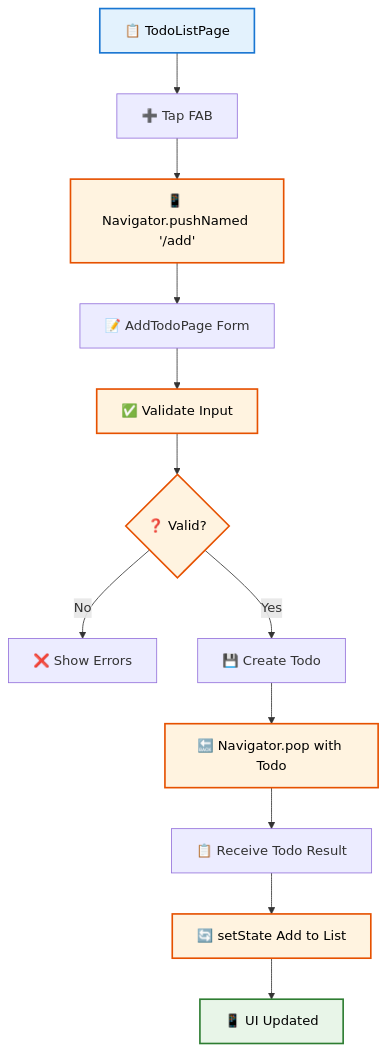
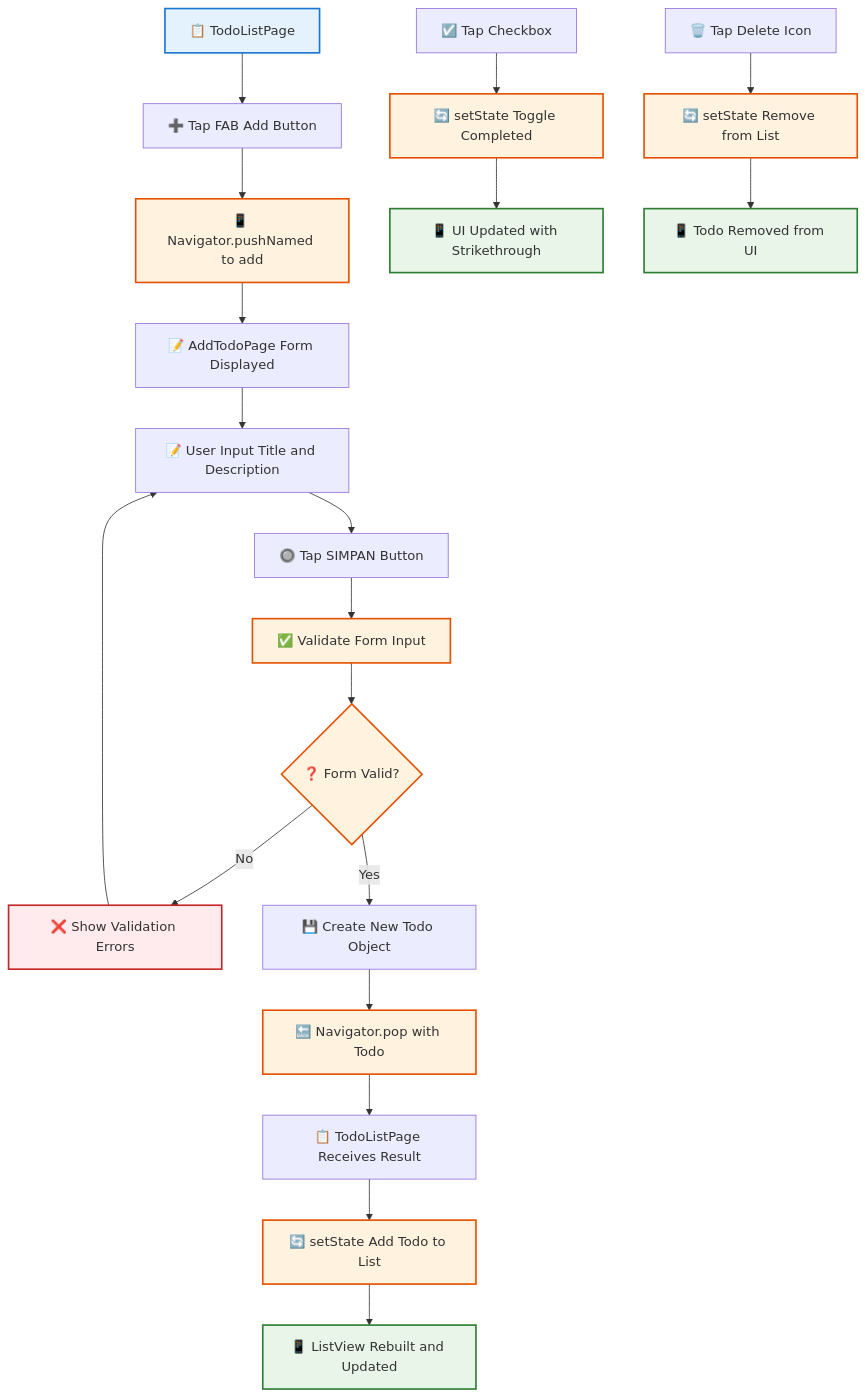
The sixth of 6 diagrams in pertemuan4.md (antonprafanto/flutter), drawn with Mermaid before and after one commit. The commit also changed other lines of this file, not shown here.

````diff
--- a/pertemuan4.md
+++ b/pertemuan4.md
@@ -806,22 +832,37 @@
 ```mermaid
 flowchart TD
-    A[📋 TodoListPage] --> B[➕ Tap FAB]
-    B --> C[📱 Navigator.pushNamed '/add']
-    C --> D[📝 AddTodoPage Form]
-    D --> E[✅ Validate Input]
-    E --> F{❓ Valid?}
-    F -->|No| G[❌ Show Errors]
-    F -->|Yes| H[💾 Create Todo]
-    H --> I[🔙 Navigator.pop with Todo]
-    I --> J[📋 Receive Todo Result]
-    J --> K[🔄 setState Add to List]
-    K --> L[📱 UI Updated]
+    A[📋 TodoListPage] --> B[➕ Tap FAB Add Button]
+    B --> C[📱 Navigator.pushNamed to add]
+    C --> D[📝 AddTodoPage Form Displayed]
+    D --> E[📝 User Input Title and Description]
+    E --> F[🔘 Tap SIMPAN Button]
+    F --> G[✅ Validate Form Input]
+    G --> H{❓ Form Valid?}
+    H -->|No| I[❌ Show Validation Errors]
+    H -->|Yes| J[💾 Create New Todo Object]
+    J --> K[🔙 Navigator.pop with Todo]
+    K --> L[📋 TodoListPage Receives Result]
+    L --> M[🔄 setState Add Todo to List]
+    M --> N[📱 ListView Rebuilt and Updated]
     
-    style A fill:#e3f2fd,stroke:#1976d2,stroke-width:2px,color:#000
-    style C fill:#fff3e0,stroke:#e65100,stroke-width:2px,color:#000
-    style E fill:#fff3e0,stroke:#e65100,stroke-width:2px,color:#000
-    style F fill:#fff3e0,stroke:#e65100,stroke-width:2px,color:#000
-    style I fill:#fff3e0,stroke:#e65100,stroke-width:2px,color:#000
-    style K fill:#fff3e0,stroke:#e65100,stroke-width:2px,color:#000
-    style L fill:#e8f5e8,stroke:#2e7d32,stroke-width:2px,color:#000
+    O[☑️ Tap Checkbox] --> P[🔄 setState Toggle Completed]
+    P --> Q[📱 UI Updated with Strikethrough]
+    
+    R[🗑️ Tap Delete Icon] --> S[🔄 setState Remove from List]
+    S --> T[📱 Todo Removed from UI]
+    
+    I --> E
+    
+    style A fill:#e3f2fd,stroke:#1976d2,stroke-width:2px
+    style C fill:#fff3e0,stroke:#e65100,stroke-width:2px
+    style G fill:#fff3e0,stroke:#e65100,stroke-width:2px
+    style H fill:#fff3e0,stroke:#e65100,stroke-width:2px
+    style I fill:#ffebee,stroke:#c62828,stroke-width:2px
+    style K fill:#fff3e0,stroke:#e65100,stroke-width:2px
+    style M fill:#fff3e0,stroke:#e65100,stroke-width:2px
+    style N fill:#e8f5e8,stroke:#2e7d32,stroke-width:2px
+    style P fill:#fff3e0,stroke:#e65100,stroke-width:2px
+    style Q fill:#e8f5e8,stroke:#2e7d32,stroke-width:2px
+    style S fill:#fff3e0,stroke:#e65100,stroke-width:2px
+    style T fill:#e8f5e8,stroke:#2e7d32,stroke-width:2px
 ```
````
